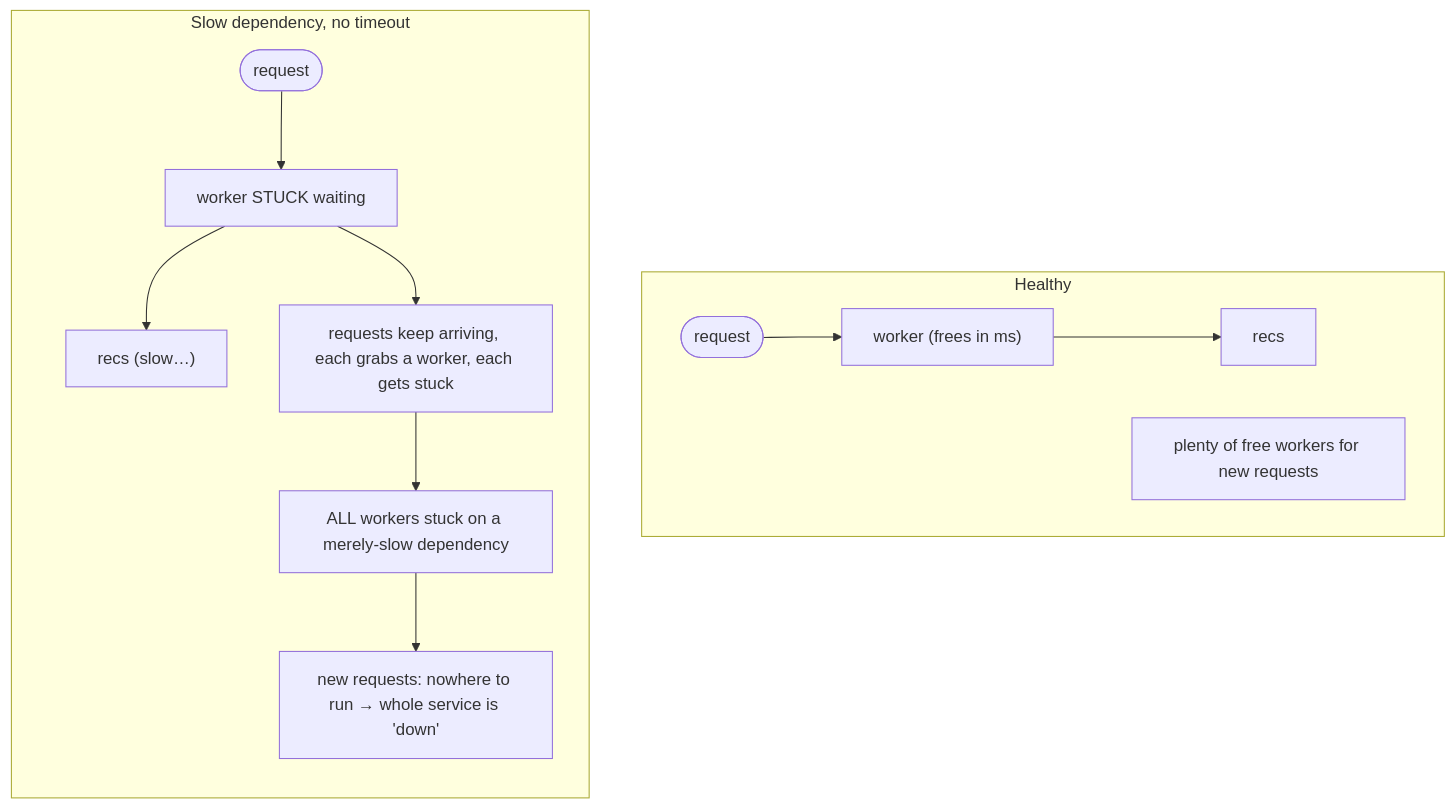
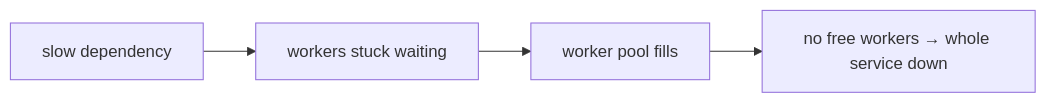
The diagram in guides/designing-for-failure/01-everything-fails.md (Topurrra/themissingmanual), drawn with Mermaid before and after one commit. The commit also changed 15 other files, not shown here.

Commit message:
fixed mermaid diagrams

````diff
--- a/guides/designing-for-failure/01-everything-fails.md
+++ b/guides/designing-for-failure/01-everything-fails.md
@@ -85,15 +85,6 @@
 ```mermaid
-flowchart TB
-  subgraph Healthy["Healthy"]
-    direction LR
-    HReq([request]) --> HW["worker (frees in ms)"] --> HRecs[recs]
-    HFree["plenty of free workers for new requests"]
-  end
-  subgraph Slow["Slow dependency, no timeout"]
-    direction TB
-    SReq([request]) --> SW["worker STUCK waiting"] --> SRecs["recs (slow…)"]
-    SW --> Fill["requests keep arriving, each grabs a worker, each gets stuck"]
-    Fill --> AllStuck["ALL workers stuck on a merely-slow dependency"]
-    AllStuck --> Down["new requests: nowhere to run → whole service is 'down'"]
-  end
+flowchart LR
+  Slow[slow dependency] --> Stuck[workers stuck waiting]
+  Stuck --> Fill[worker pool fills]
+  Fill --> Down[no free workers → whole service down]
 ```
````
